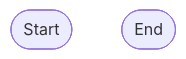
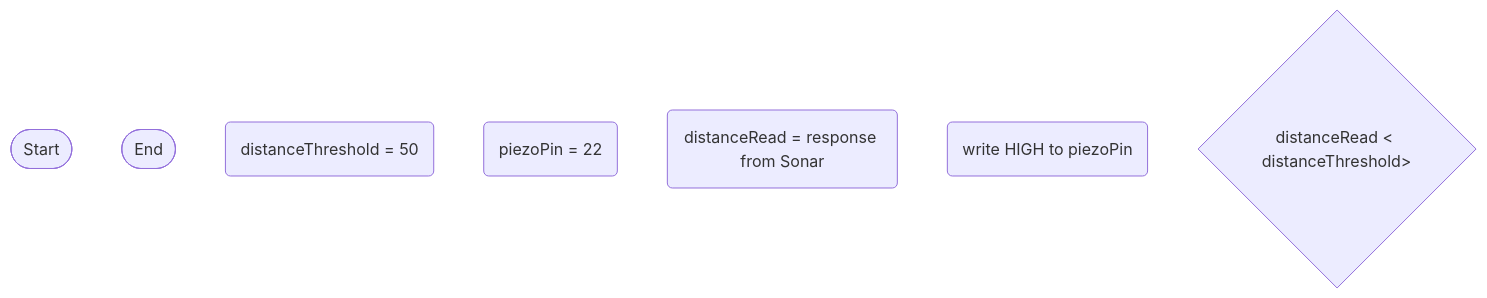
The diagram in logic.md (Saxonugfd7/ElectronicsBoard), drawn with Mermaid before and after one commit.

Commit message:
Added all nodes

````diff
--- a/logic.md
+++ b/logic.md
@@ -1,5 +1,10 @@
 ```mermaid
 flowchart TD
     terminalStart([Start])
     terminalEnd([End])
+    thresholdSet(distanceThreshold = 50)
+    setPiezoPin(piezoPin = 22)
+    currentDistanceReading(distanceRead = response from Sonar)
+    activatePiezo(write HIGH to piezoPin)
+    ifDistanceLessThanThreshold{distanceRead < distanceThreshold>}
 ```
````
